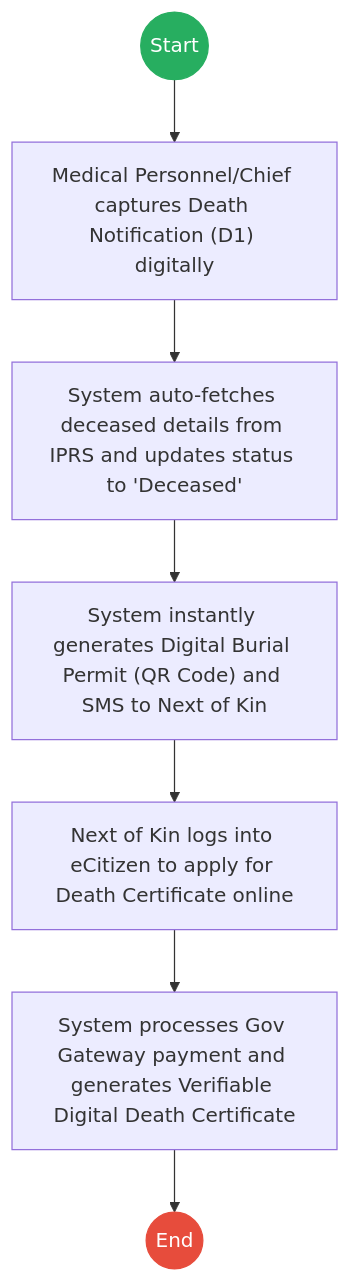
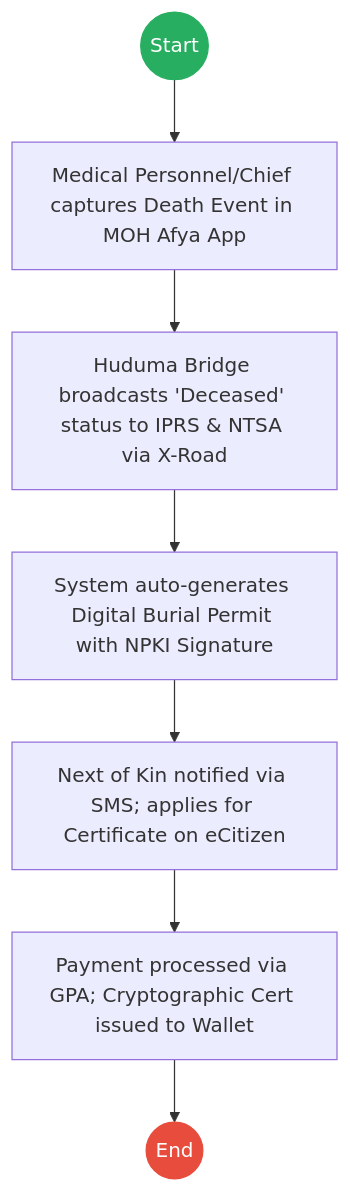
One commit to BITZ-IT-Consulting-LTD/ictapoc changed the fourth of 4 diagrams in mdas/docs_final/_CIVIL_REGISTRATION_SERVICES_CRS____Service_Delivery.md. Above: the diagram before and after it, drawn with Mermaid. The commit also changed other lines of this file and 2 other files, not shown here.

````diff
--- a/mdas/docs_final/_CIVIL_REGISTRATION_SERVICES_CRS____Service_Delivery.md
+++ b/mdas/docs_final/_CIVIL_REGISTRATION_SERVICES_CRS____Service_Delivery.md
@@ -113,14 +113,14 @@
 ```mermaid
 graph TD
     Start((Start)) --> T1
-    T1["Medical Personnel/Chief captures Death Notification (D1) digitally"] --> T2
-    T2["System auto-fetches deceased details from IPRS and updates status to 'Deceased'"] --> T3
-    T3["System instantly generates Digital Burial Permit (QR Code) and SMS to Next of Kin"] --> T4
-    T4["Next of Kin logs into eCitizen to apply for Death Certificate online"] --> T5
-    T5["System processes Gov Gateway payment and generates Verifiable Digital Death Certificate"] --> End((End))
+    T1["Medical Personnel/Chief captures Death Event in MOH Afya App"] --> T2
+    T2["Huduma Bridge broadcasts 'Deceased' status to IPRS & NTSA via X-Road"] --> T3
+    T3["System auto-generates Digital Burial Permit with NPKI Signature"] --> T4
+    T4["Next of Kin notified via SMS; applies for Certificate on eCitizen"] --> T5
+    T5["Payment processed via GPA; Cryptographic Cert issued to Wallet"] --> End((End))
 
     classDef start fill:#27ae60,stroke:#27ae60,color:#fff;
     classDef endNode fill:#e74c3c,stroke:#e74c3c,color:#fff;
     class Start start;
     class End endNode;
 ```
````
